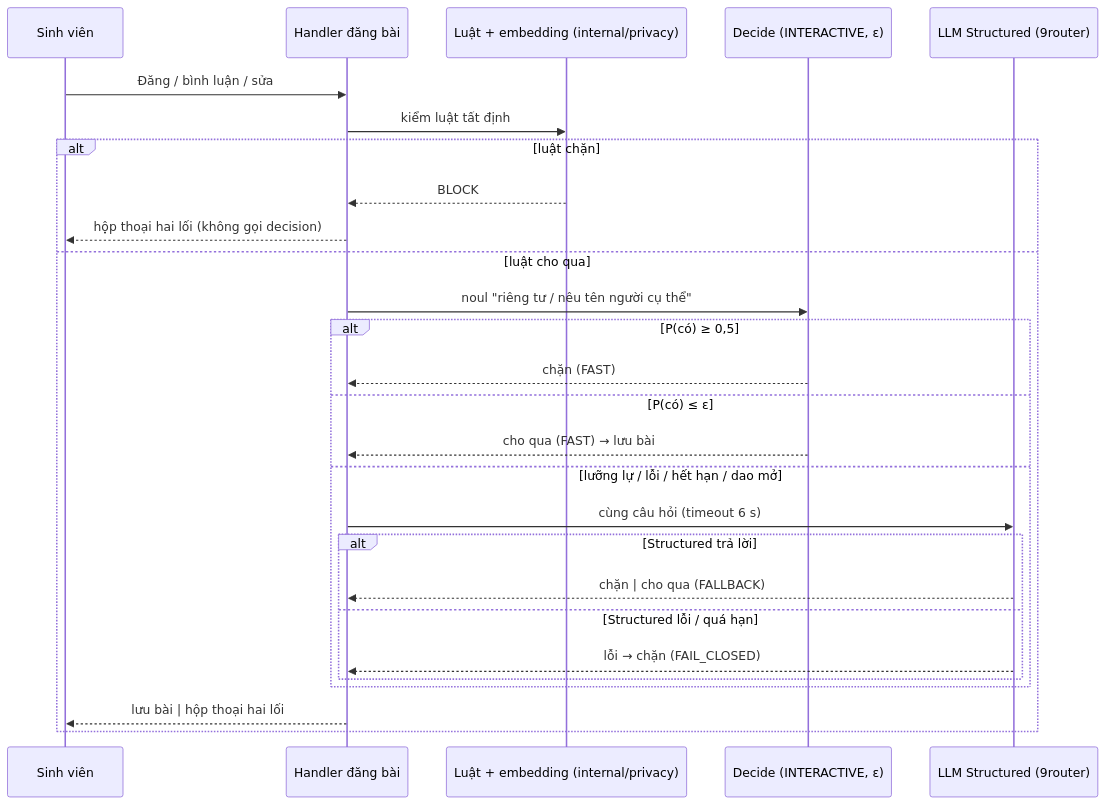
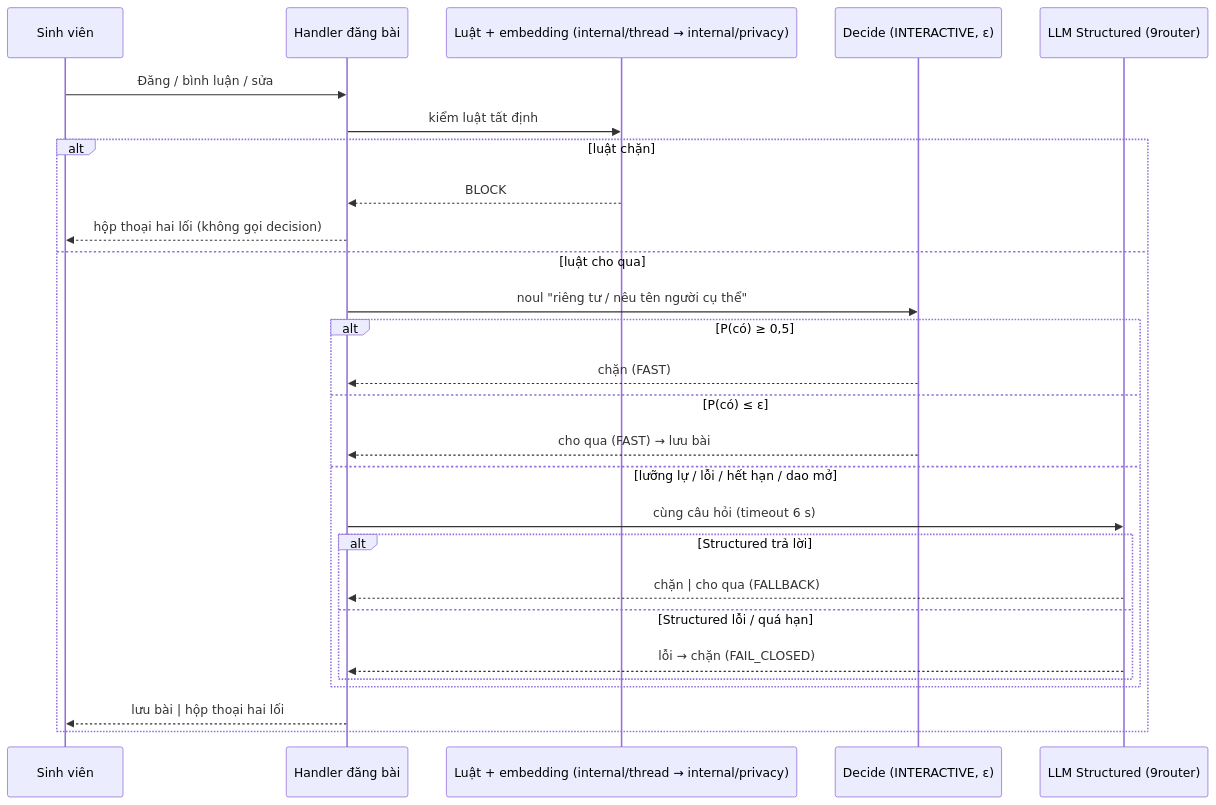
One commit to kagamikuro1024/EduPilot-v2 changed the second of 5 diagrams in docs/specs/FEAT-decision-model/SRS.md. Above: the diagram before and after it, drawn with Mermaid. The commit also changed other lines of this file and 1 other file, not shown here.

Commit message:
10.5: BA đối chiếu tên test trong FEAT-decision-model §9/§11 và US với mã thật (bỏ 7 tên không tồn tại; cổng Threads ở internal/thread); SRS v1.2

````diff
--- a/docs/specs/FEAT-decision-model/SRS.md
+++ b/docs/specs/FEAT-decision-model/SRS.md
@@ -59,29 +61,29 @@
 ```mermaid
 sequenceDiagram
   participant U as Sinh viên
   participant T as Handler đăng bài
-  participant R as Luật + embedding (internal/privacy)
+  participant R as Luật + embedding (internal/thread → internal/privacy)
   participant D as Decide (INTERACTIVE, ε)
   participant L as LLM Structured (9router)
   U->>T: Đăng / bình luận / sửa
   T->>R: kiểm luật tất định
   alt luật chặn
     R-->>T: BLOCK
     T-->>U: hộp thoại hai lối (không gọi decision)
   else luật cho qua
     T->>D: noul "riêng tư / nêu tên người cụ thể"
     alt P(có) ≥ 0,5
       D-->>T: chặn (FAST)
     else P(có) ≤ ε
       D-->>T: cho qua (FAST) → lưu bài
     else lưỡng lự / lỗi / hết hạn / dao mở
       T->>L: cùng câu hỏi (timeout 6 s)
       alt Structured trả lời
         L-->>T: chặn | cho qua (FALLBACK)
       else Structured lỗi / quá hạn
         L-->>T: lỗi → chặn (FAIL_CLOSED)
       end
     end
     T-->>U: lưu bài | hộp thoại hai lối
   end
 ```
````
